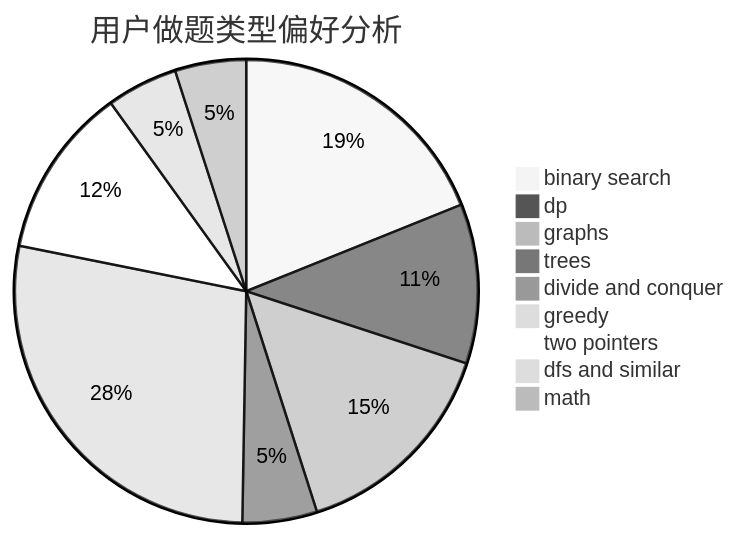
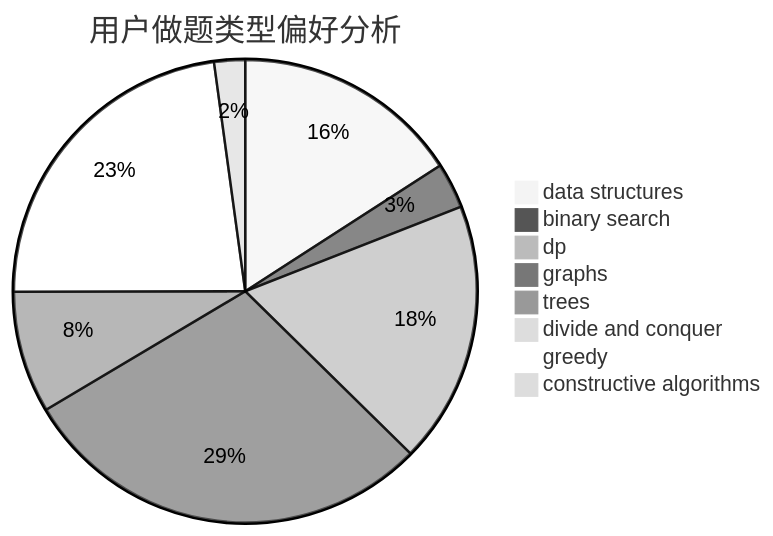
The second of 3 diagrams in docs/user/u675.md (sherpahu/cfrs.github.io), drawn with Mermaid (neutral theme) before and after one commit. The commit also changed other lines of this file and 2775 other files, not shown here.

````diff
--- a/docs/user/u675.md
+++ b/docs/user/u675.md
@@ -23,12 +23,11 @@
 ```mermaid
 pie title 用户做题类型偏好分析
-    "binary search" :  316
-    "dp" :  186
-    "graphs" :  251
-    "trees" :  87
-    "divide and conquer" :  5
-    "greedy" :  466
-    "two pointers" :  199
-    "dfs and similar" :  83
-    "math" :  83
+    "data structures" :  125
+    "binary search" :  25
+    "dp" :  144
+    "graphs" :  229
+    "trees" :  67
+    "divide and conquer" :  4
+    "greedy" :  180
+    "constructive algorithms" :  17
 ```
````
